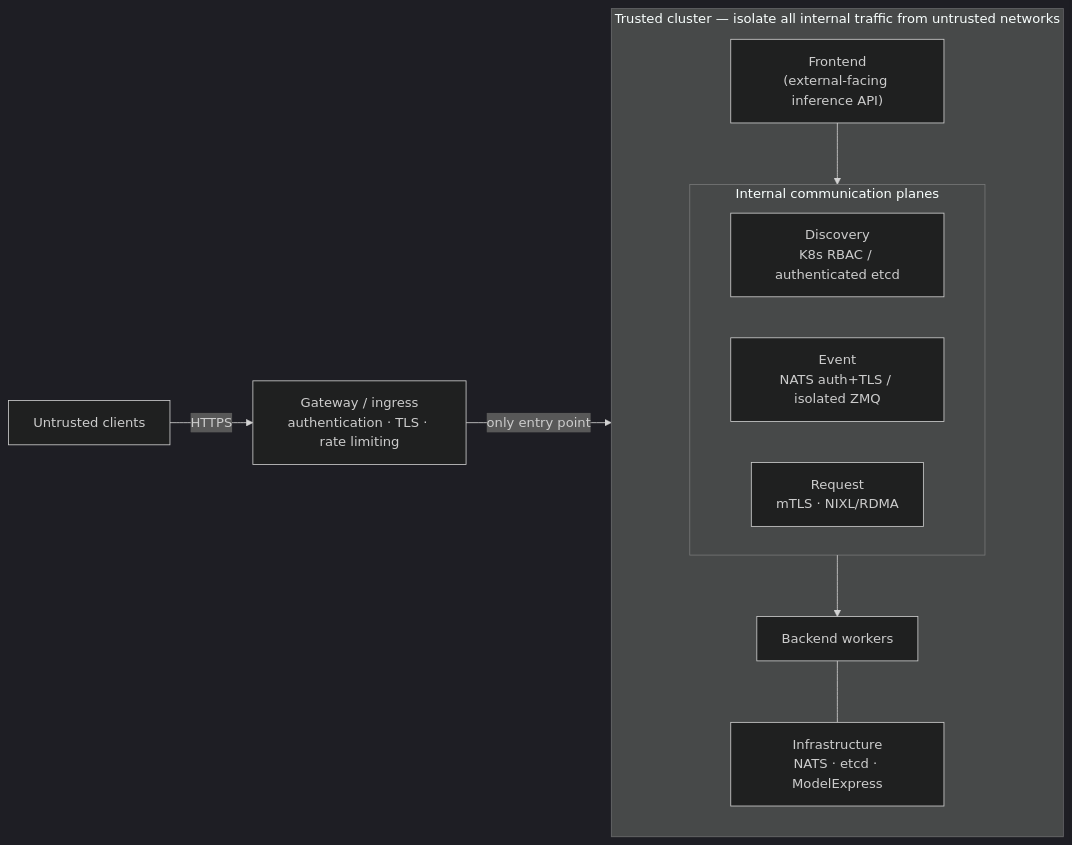
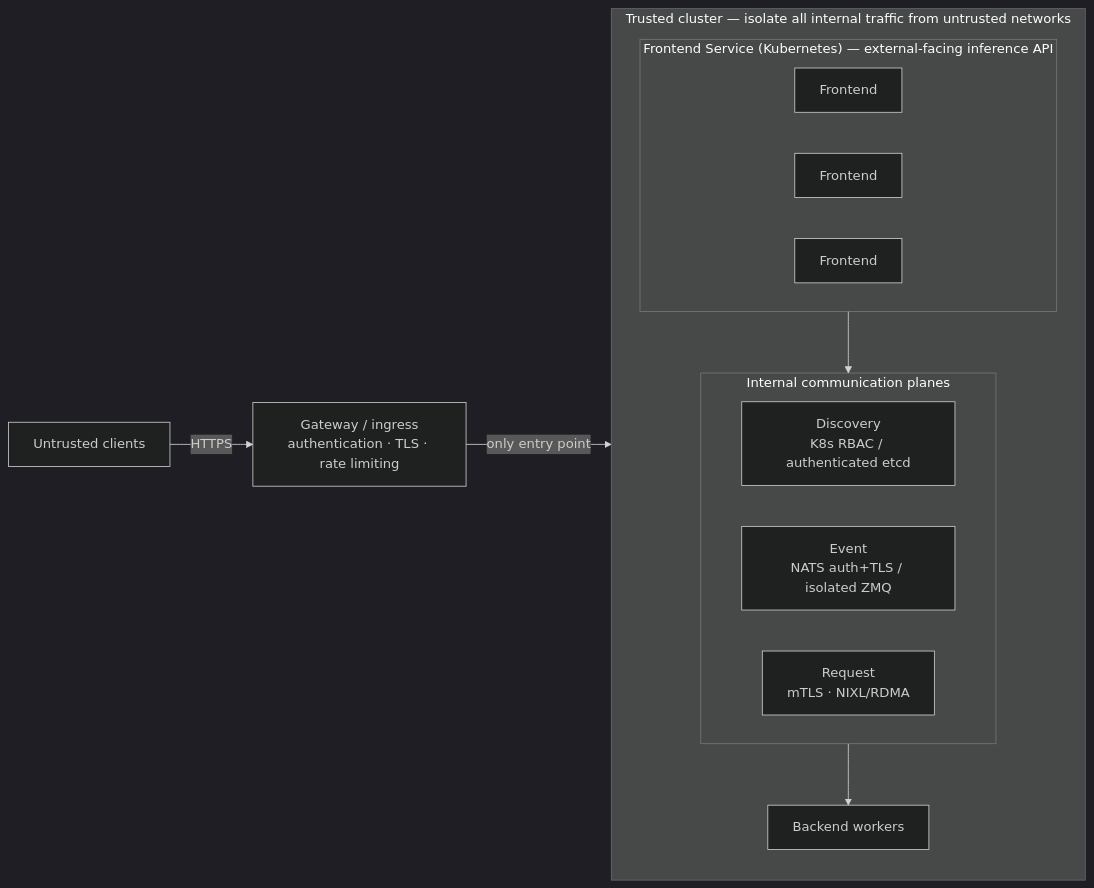
One commit to ai-dynamo/dynamo changed the diagram in docs/fern/pages/developer-guide/security/secure-deployment-guidelines.md. Above: the diagram before and after it, drawn with Mermaid (dark theme). The commit also changed other lines of this file, not shown here.

Commit message:
docs(security): diagram — drop infrastructure box; show gateway into frontend K8s Service with replicas

````diff
--- a/docs/fern/pages/developer-guide/security/secure-deployment-guidelines.md
+++ b/docs/fern/pages/developer-guide/security/secure-deployment-guidelines.md
@@ -47,23 +47,25 @@
 ```mermaid
 flowchart LR
     client["Untrusted clients"]
     gateway["Gateway / ingress<br/>authentication · TLS · rate limiting"]
 
     subgraph cluster["Trusted cluster — isolate all internal traffic from untrusted networks"]
         direction TB
-        fe["Frontend<br/>(external-facing inference API)"]
+        subgraph fesvc["Frontend Service (Kubernetes) — external-facing inference API"]
+            fe1["Frontend"]
+            fe2["Frontend"]
+            fe3["Frontend"]
+        end
         subgraph planes["Internal communication planes"]
             disc["Discovery<br/>K8s RBAC / authenticated etcd"]
             evt["Event<br/>NATS auth+TLS / isolated ZMQ"]
             req["Request<br/>mTLS · NIXL/RDMA"]
         end
         workers["Backend workers"]
-        infra["Infrastructure<br/>NATS · etcd · ModelExpress"]
-        fe --> planes
+        fesvc --> planes
         planes --> workers
-        workers --- infra
     end
 
     client -->|HTTPS| gateway
-    gateway -->|only entry point| fe
+    gateway -->|only entry point| fesvc
 ```
````
